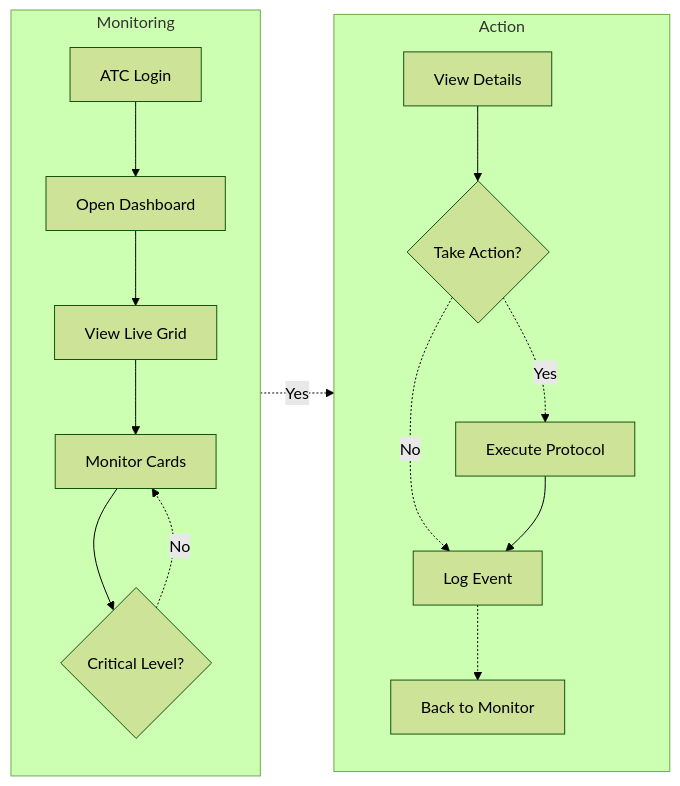
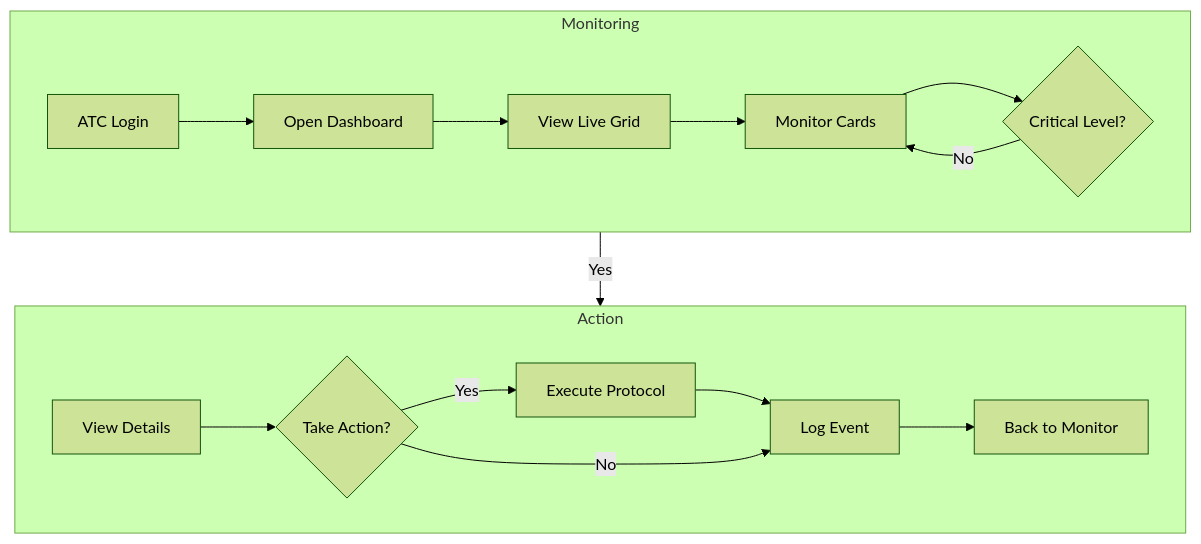
The fifth of 10 diagrams in docs/SEN3781_Assignment4_Information_Architecture_Report.md (RoundRobinHood/cogniflight-cloud), drawn with Mermaid (forest theme) before and after one commit. The commit also changed other lines of this file, not shown here.

Commit message:
improved diagram readability

````diff
--- a/docs/SEN3781_Assignment4_Information_Architecture_Report.md
+++ b/docs/SEN3781_Assignment4_Information_Architecture_Report.md
@@ -279,20 +266,17 @@
 ```mermaid
-flowchart LR
+flowchart TB
     subgraph s1["Monitoring"]
-        direction TB
-        A[ATC Login] --> B[Open Dashboard]
-        B --> C[View Live Grid]
-        C --> D[Monitor Cards]
-        D --> E{Critical Level?}
-        E -.->|No| D
+        direction LR
+        A[ATC Login] --> B[Open Dashboard] --> C[View Live Grid]
+        C --> D[Monitor Cards] --> E{Critical Level?}
+        E -->|No| D
     end
     subgraph s2["Action"]
-        direction TB
+        direction LR
         F[View Details] --> G{Take Action?}
-        G -.->|Yes| H[Execute Protocol]
-        G -.->|No| I[Log Event]
-        H --> I
-        I -.-> D2[Back to Monitor]
+        G -->|Yes| H[Execute Protocol] --> I[Log Event]
+        G -->|No| I
+        I --> D2[Back to Monitor]
     end
-    E -.->|Yes| F
+    E -->|Yes| F
 ```
````
